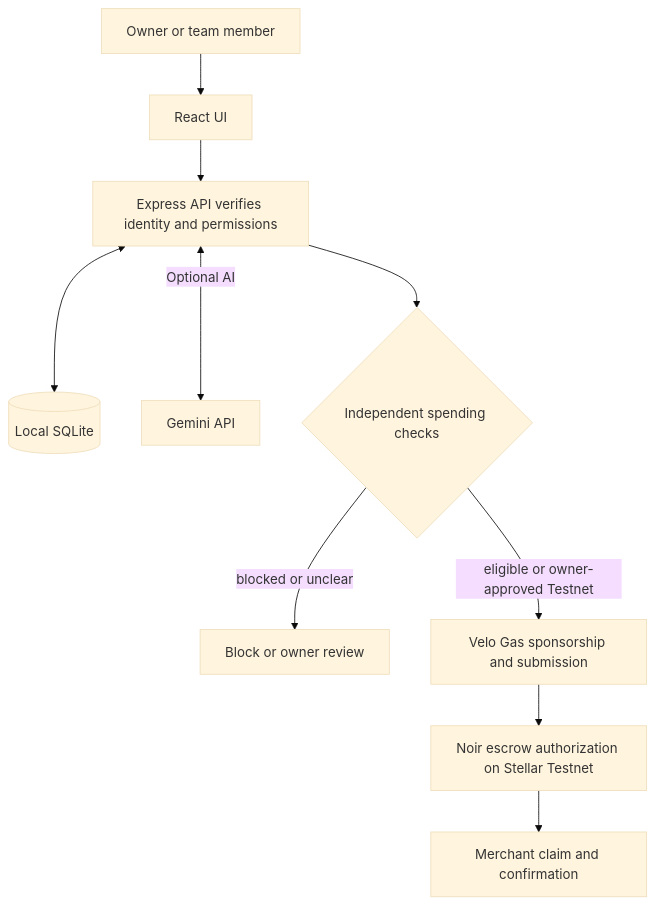
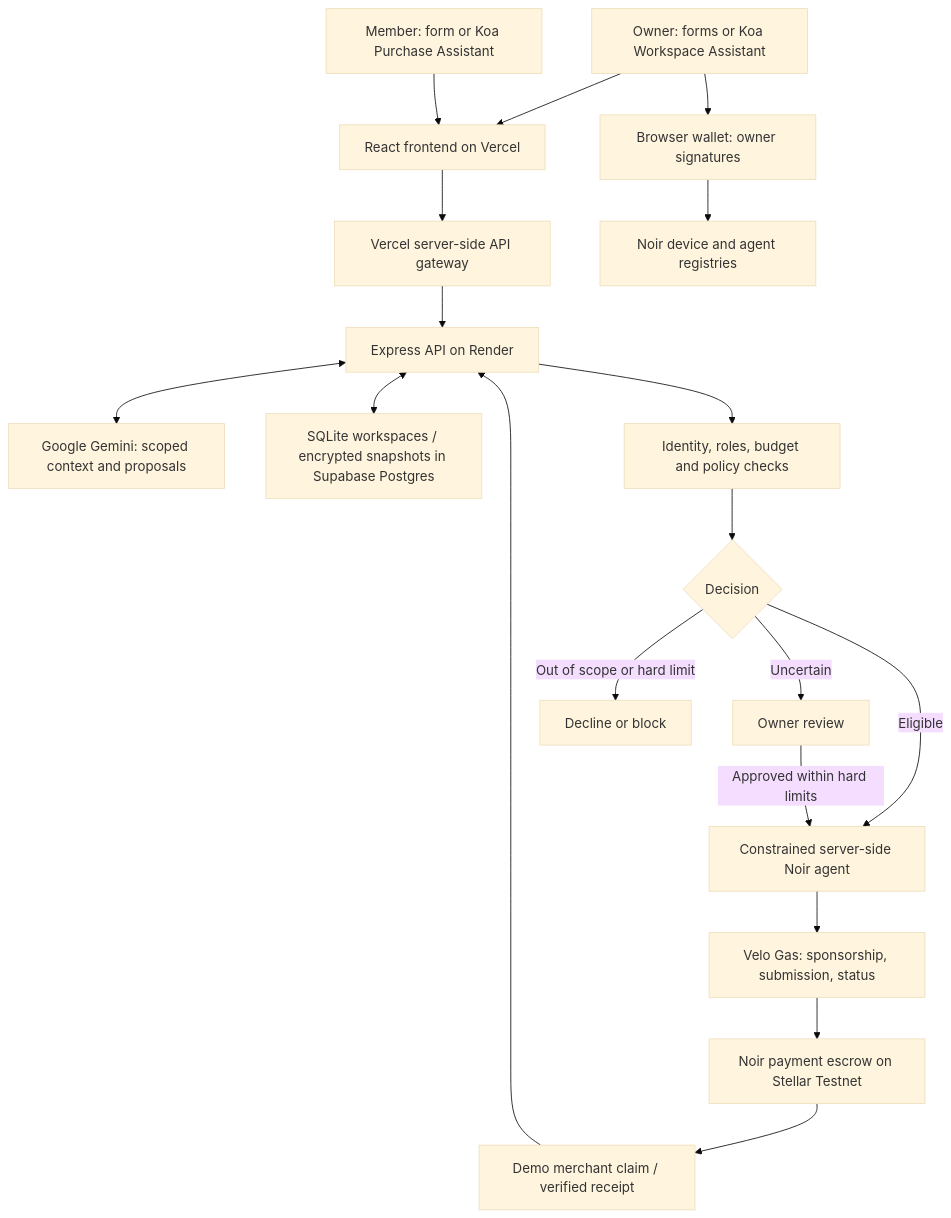
Before and after one commit to Enerbonn/Allowance: the diagram in README.md, drawn with Mermaid (base theme). The commit also changed other lines of this file and 12 other files, not shown here.

Commit message:
Prepare KoaSpend hackathon README, environment reference and workspace setup

````diff
--- a/README.md
+++ b/README.md
@@ -79,12 +40,21 @@
 ```mermaid
 flowchart TD
-    U[Owner or team member] --> B[React UI]
-    B --> A[Express API verifies identity and permissions]
-    A <--> S[(Local SQLite)]
-    A <-->|Optional AI| G[Gemini API]
-    A --> P{Independent spending checks}
-    P -- blocked or unclear --> O[Block or owner review]
-    P -- eligible or owner-approved Testnet --> V[Velo Gas sponsorship and submission]
-    V --> E[Noir escrow authorization on Stellar Testnet]
-    E --> C[Merchant claim and confirmation]
+    Owner[Owner: forms or Koa Workspace Assistant] --> Web[React frontend on Vercel]
+    Member[Member: form or Koa Purchase Assistant] --> Web
+    Web --> Gateway[Vercel server-side API gateway]
+    Gateway --> API[Express API on Render]
+    API <--> Gemini[Google Gemini: scoped context and proposals]
+    API <--> Data[SQLite workspaces / encrypted snapshots in Supabase Postgres]
+    API --> Rules[Identity, roles, budget and policy checks]
+    Rules --> Decision{Decision}
+    Decision -->|Uncertain| Review[Owner review]
+    Decision -->|Out of scope or hard limit| Decline[Decline or block]
+    Decision -->|Eligible| Agent[Constrained server-side Noir agent]
+    Review -->|Approved within hard limits| Agent
+    Owner --> Wallet[Browser wallet: owner signatures]
+    Wallet --> Registry[Noir device and agent registries]
+    Agent --> Velo[Velo Gas: sponsorship, submission, status]
+    Velo --> Escrow[Noir payment escrow on Stellar Testnet]
+    Escrow --> Claim[Demo merchant claim / verified receipt]
+    Claim --> API
 ```
````
